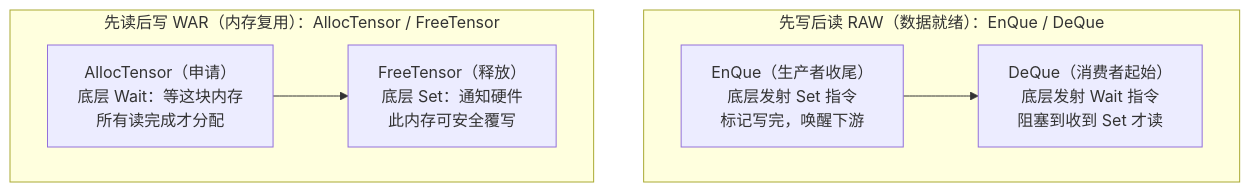
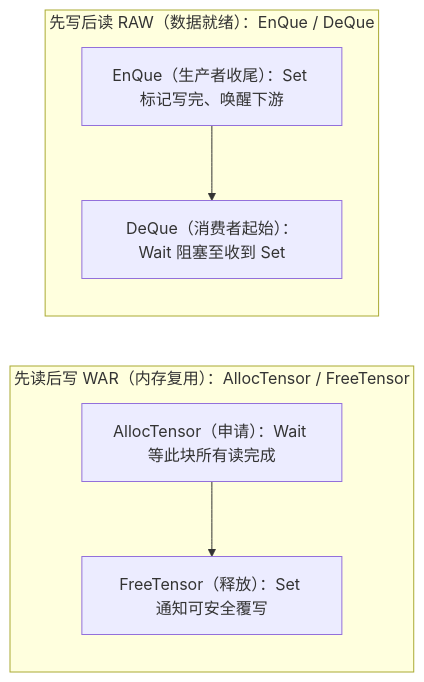
Before and after one commit to hb4ch/ascend-book: the second of 4 diagrams in docs/03-ascendc/ch10-core-programming.md, drawn with Mermaid. The commit also changed other lines of this file and 1 other file, not shown here.

````diff
--- a/docs/03-ascendc/ch10-core-programming.md
+++ b/docs/03-ascendc/ch10-core-programming.md
@@ -89,9 +97,16 @@
 ```mermaid
 flowchart TB
     subgraph raw["先写后读 RAW（数据就绪）：EnQue / DeQue"]
-        E1["EnQue（生产者收尾）<br/>底层发射 Set 指令<br/>标记写完，唤醒下游"] --> W1["DeQue（消费者起始）<br/>底层发射 Wait 指令<br/>阻塞到收到 Set 才读"]
+        direction TB
+        E1["EnQue（生产者收尾）：Set 标记写完、唤醒下游"]
+        W1["DeQue（消费者起始）：Wait 阻塞至收到 Set"]
+        E1 --> W1
     end
     subgraph war["先读后写 WAR（内存复用）：AllocTensor / FreeTensor"]
-        A1["AllocTensor（申请）<br/>底层 Wait：等这块内存<br/>所有读完成才分配"] --> F1["FreeTensor（释放）<br/>底层 Set：通知硬件<br/>此内存可安全覆写"]
+        direction TB
+        A1["AllocTensor（申请）：Wait 等此块所有读完成"]
+        F1["FreeTensor（释放）：Set 通知可安全覆写"]
+        A1 --> F1
     end
+    W1 ~~~ A1
 ```
````
